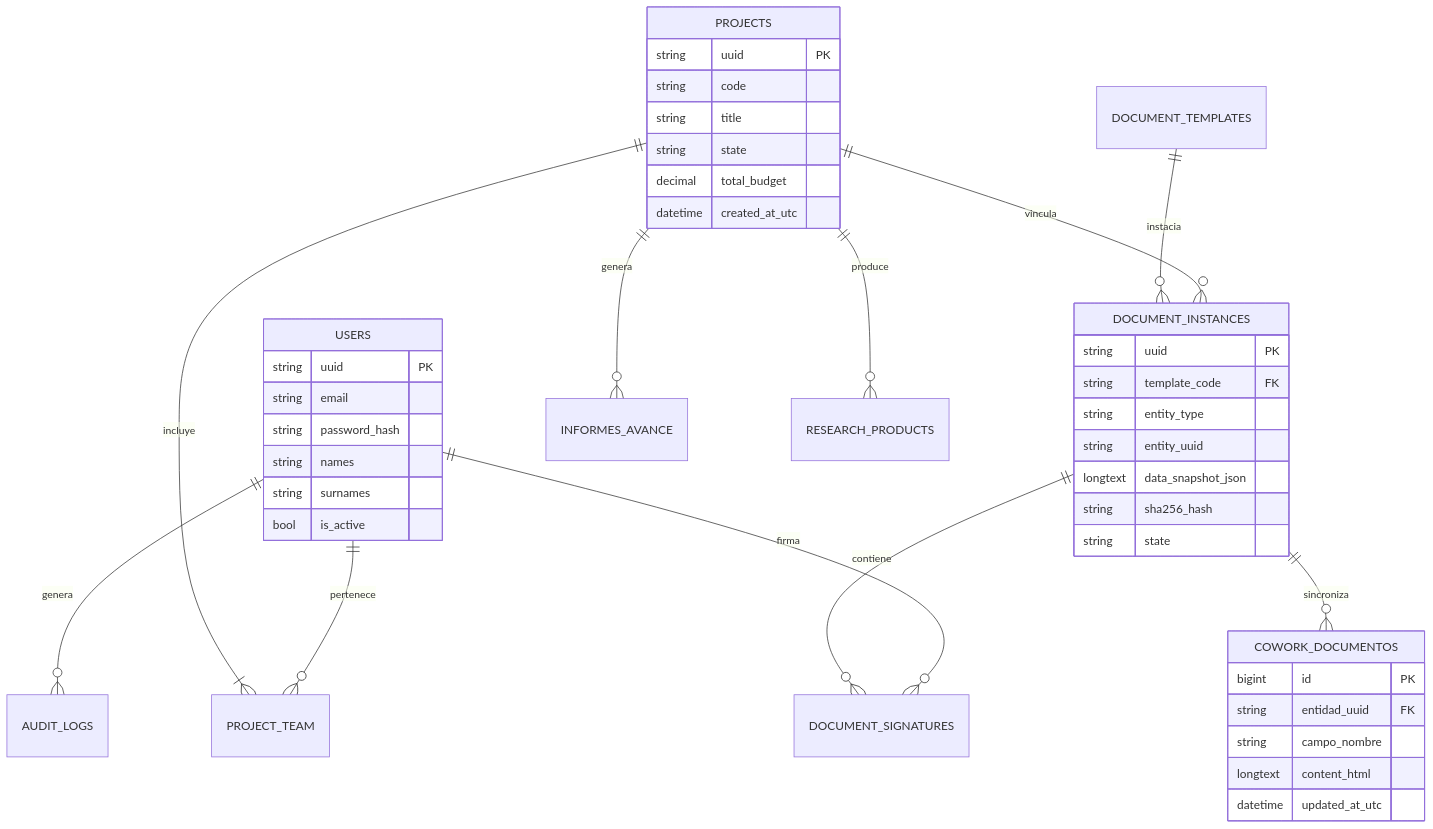
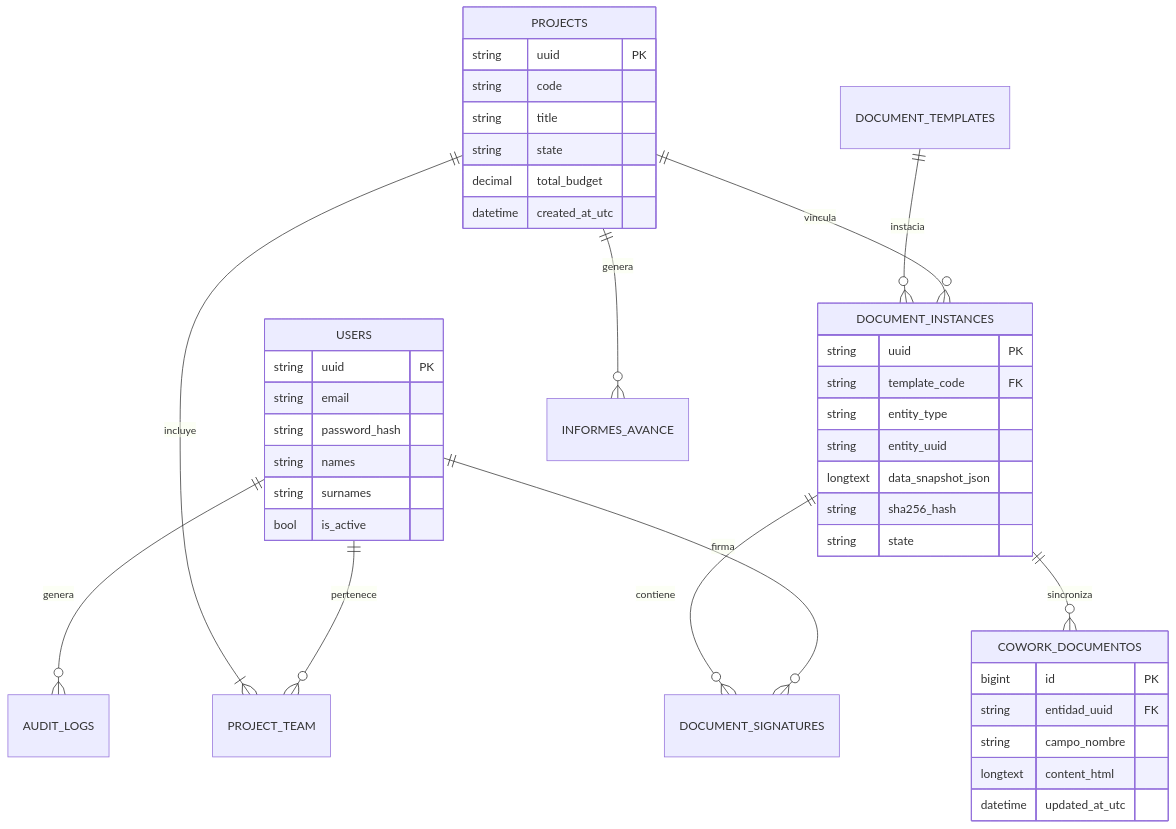
The diagram in docs/documentacion/04-base-de-datos/01-esquema-relacional-sigafi.md (JorgeDoicela/dosier), drawn with Mermaid before and after one commit. The commit also changed 48 other files, not shown here.

````diff
--- a/docs/documentacion/04-base-de-datos/01-esquema-relacional-sigafi.md
+++ b/docs/documentacion/04-base-de-datos/01-esquema-relacional-sigafi.md
@@ -13,51 +13,50 @@
 ```mermaid
 erDiagram
     USERS ||--o{ PROJECT_TEAM : pertenece
     USERS ||--o{ AUDIT_LOGS : genera
     USERS ||--o{ DOCUMENT_SIGNATURES : firma
 
     PROJECTS ||--|{ PROJECT_TEAM : incluye
     PROJECTS ||--o{ DOCUMENT_INSTANCES : vincula
     PROJECTS ||--o{ INFORMES_AVANCE : genera
-    PROJECTS ||--o{ RESEARCH_PRODUCTS : produce
 
     DOCUMENT_TEMPLATES ||--o{ DOCUMENT_INSTANCES : instacia
     DOCUMENT_INSTANCES ||--o{ COWORK_DOCUMENTOS : sincroniza
     DOCUMENT_INSTANCES ||--o{ DOCUMENT_SIGNATURES : contiene
 
     USERS {
         string uuid PK
         string email
         string password_hash
         string names
         string surnames
         bool is_active
     }
 
     PROJECTS {
         string uuid PK
         string code
         string title
         string state
         decimal total_budget
         datetime created_at_utc
     }
 
     DOCUMENT_INSTANCES {
         string uuid PK
         string template_code FK
         string entity_type
         string entity_uuid
         longtext data_snapshot_json
         string sha256_hash
         string state
     }
 
     COWORK_DOCUMENTOS {
         bigint id PK
         string entidad_uuid FK
         string campo_nombre
         longtext content_html
         datetime updated_at_utc
     }
 ```
````
